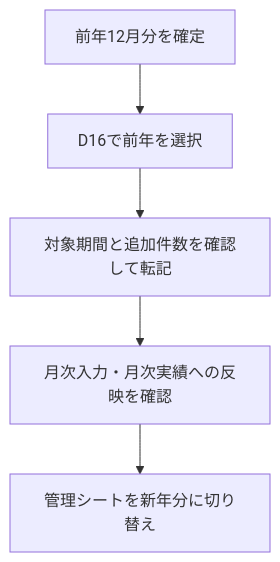
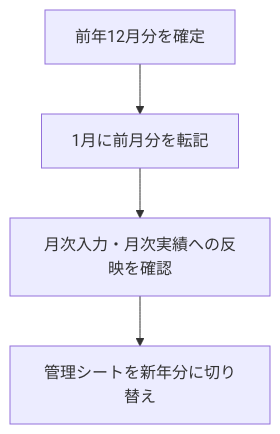
The second of 2 diagrams in README.md (zawawa0722/gas-kakeibo-app), drawn with Mermaid before and after one commit. The commit also changed other lines of this file and 1 other file, not shown here.

````diff
--- a/README.md
+++ b/README.md
@@ -152,7 +154,6 @@
 ```mermaid
 flowchart TD
-    finish["前年12月分を確定"] --> select["D16で前年を選択"]
-    select --> preview["対象期間と追加件数を確認して転記"]
-    preview --> verify["月次入力・月次実績への反映を確認"]
+    finish["前年12月分を確定"] --> transfer["1月に前月分を転記"]
+    transfer --> verify["月次入力・月次実績への反映を確認"]
     verify --> rollover["管理シートを新年分に切り替え"]
 ```
````
